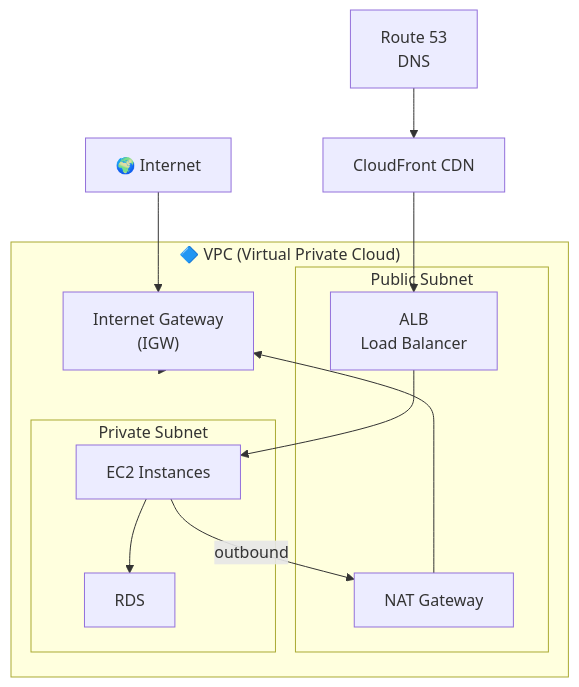
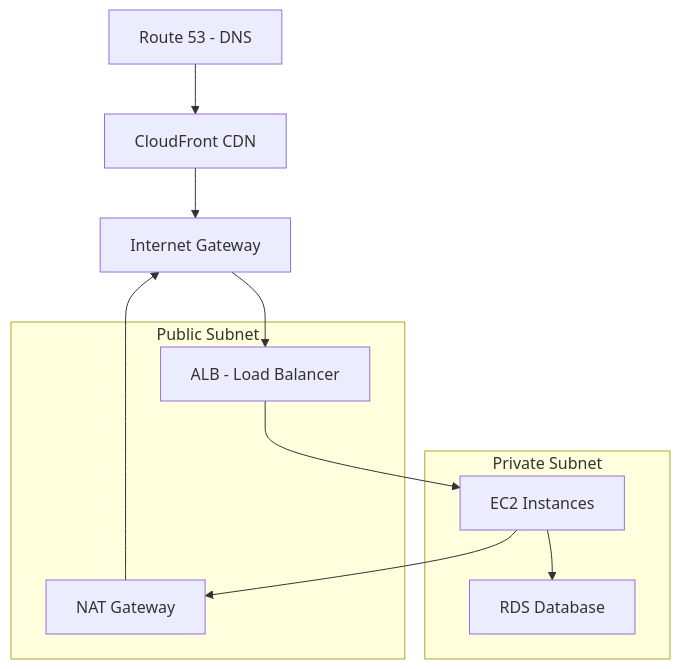
Before and after one commit to naveenkumar1661997/notes: the first of 3 diagrams in aws.md, drawn with Mermaid. The commit also changed other lines of this file and 12 other files, not shown here.

```diff
--- a/aws.md
+++ b/aws.md
@@ -161,23 +37,20 @@
 <pre class="mermaid">
 flowchart TD
-    Internet["🌍 Internet"] --> IGW["Internet Gateway\n(IGW)"]
-    IGW --> VPC
+    R53["Route 53 - DNS"] --> CF["CloudFront CDN"]
+    CF --> IGW["Internet Gateway"]
+    IGW --> ALB["ALB - Load Balancer"]
+    ALB --> EC2["EC2 Instances"]
+    EC2 --> RDS2["RDS Database"]
+    EC2 --> NAT["NAT Gateway"]
+    NAT --> IGW
 
-    subgraph VPC["🔷 VPC (Virtual Private Cloud)"]
-        subgraph PUB["Public Subnet"]
-            ALB["ALB\nLoad Balancer"]
-            NAT["NAT Gateway"]
-        end
-        subgraph PRI["Private Subnet"]
-            EC2["EC2 Instances"]
-            RDS2["RDS"]
-        end
-        ALB --> EC2
-        EC2 --> RDS2
-        EC2 -->|outbound| NAT
-        NAT --> IGW
+    subgraph PUBLIC["Public Subnet"]
+        ALB
+        NAT
     end
 
-    CF["CloudFront CDN"] --> ALB
-    R53["Route 53\nDNS"] --> CF
+    subgraph PRIVATE["Private Subnet"]
+        EC2
+        RDS2
+    end
 </pre>
```
